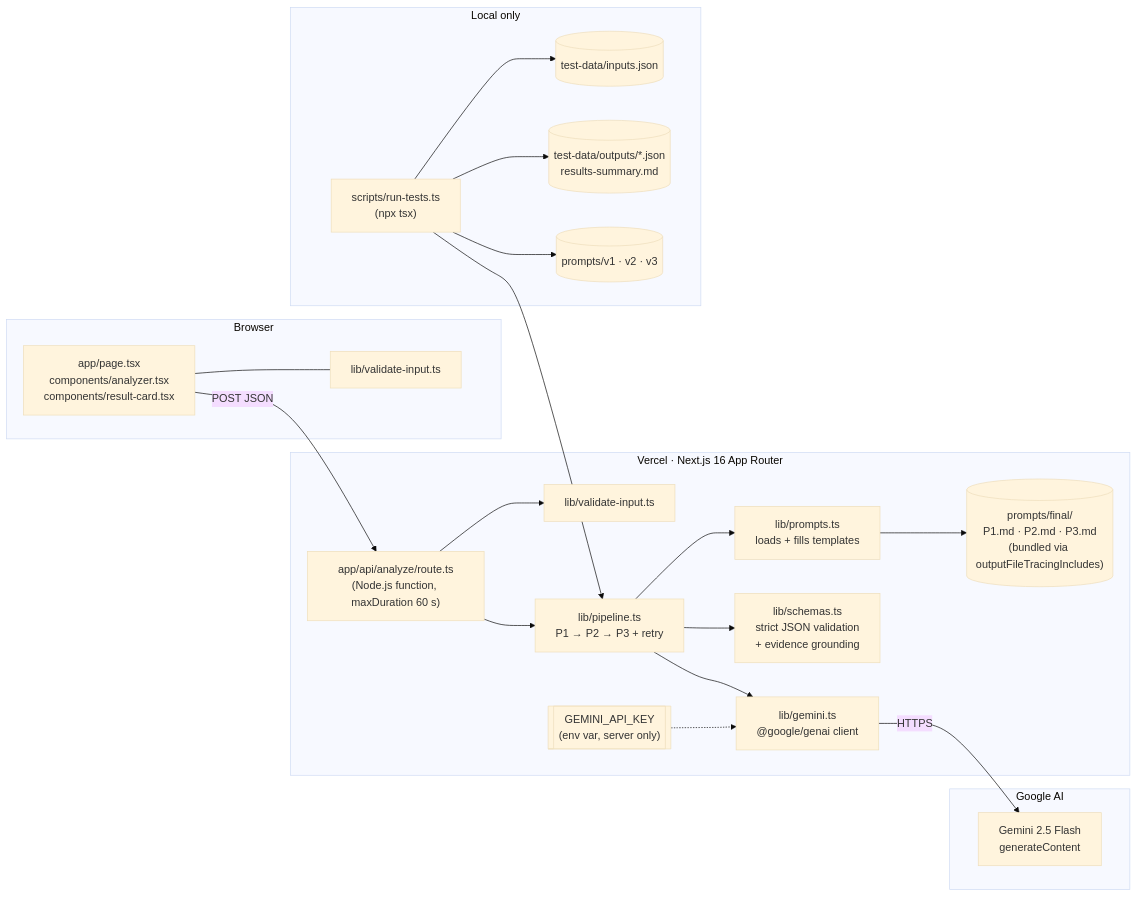
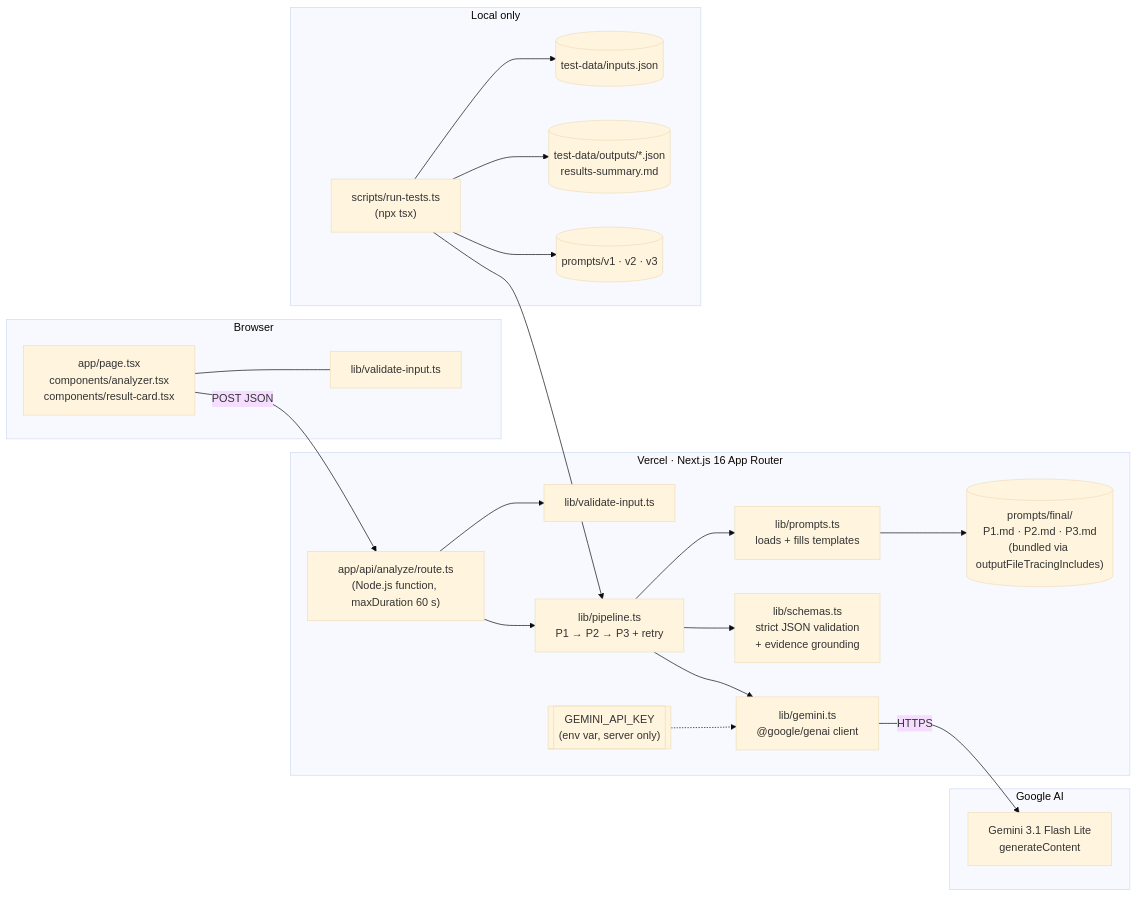
Before and after one commit to Raghav-prog-max/scamshield-upi: the diagram in docs/system-architecture.md, drawn with Mermaid (base theme). The commit also changed 12 other files, not shown here.

First line of the commit message:
Switch to gemini-3.1-flash-lite, stop tests on network errors, add v1-v3 results

````diff
--- a/docs/system-architecture.md
+++ b/docs/system-architecture.md
@@ -3,43 +3,43 @@
 ```mermaid
 flowchart LR
     subgraph Client [Browser]
         UI["app/page.tsx<br/>components/analyzer.tsx<br/>components/result-card.tsx"]
         VAL1["lib/validate-input.ts"]
         UI --- VAL1
     end
 
     subgraph Vercel [Vercel · Next.js 16 App Router]
         ROUTE["app/api/analyze/route.ts<br/>(Node.js function, maxDuration 60 s)"]
         VAL2["lib/validate-input.ts"]
         PIPE["lib/pipeline.ts<br/>P1 → P2 → P3 + retry"]
         PROMPTS["lib/prompts.ts<br/>loads + fills templates"]
         FILES[("prompts/final/<br/>P1.md · P2.md · P3.md<br/>(bundled via outputFileTracingIncludes)")]
         SCHEMA["lib/schemas.ts<br/>strict JSON validation<br/>+ evidence grounding"]
         GEM["lib/gemini.ts<br/>@google/genai client"]
         ENV[["GEMINI_API_KEY<br/>(env var, server only)"]]
         ROUTE --> VAL2
         ROUTE --> PIPE
         PIPE --> PROMPTS --> FILES
         PIPE --> SCHEMA
         PIPE --> GEM
         ENV -.-> GEM
     end
 
     subgraph Google [Google AI]
-        MODEL["Gemini 2.5 Flash<br/>generateContent"]
+        MODEL["Gemini 3.1 Flash Lite<br/>generateContent"]
     end
 
     subgraph Offline [Local only]
         RUNNER["scripts/run-tests.ts<br/>(npx tsx)"]
         INPUTS[("test-data/inputs.json")]
         OUTS[("test-data/outputs/*.json<br/>results-summary.md")]
         OLD[("prompts/v1 · v2 · v3")]
         RUNNER --> INPUTS
         RUNNER --> OLD
         RUNNER --> PIPE
         RUNNER --> OUTS
     end
 
     UI -- "POST JSON" --> ROUTE
     GEM -- HTTPS --> MODEL
 ```
````
